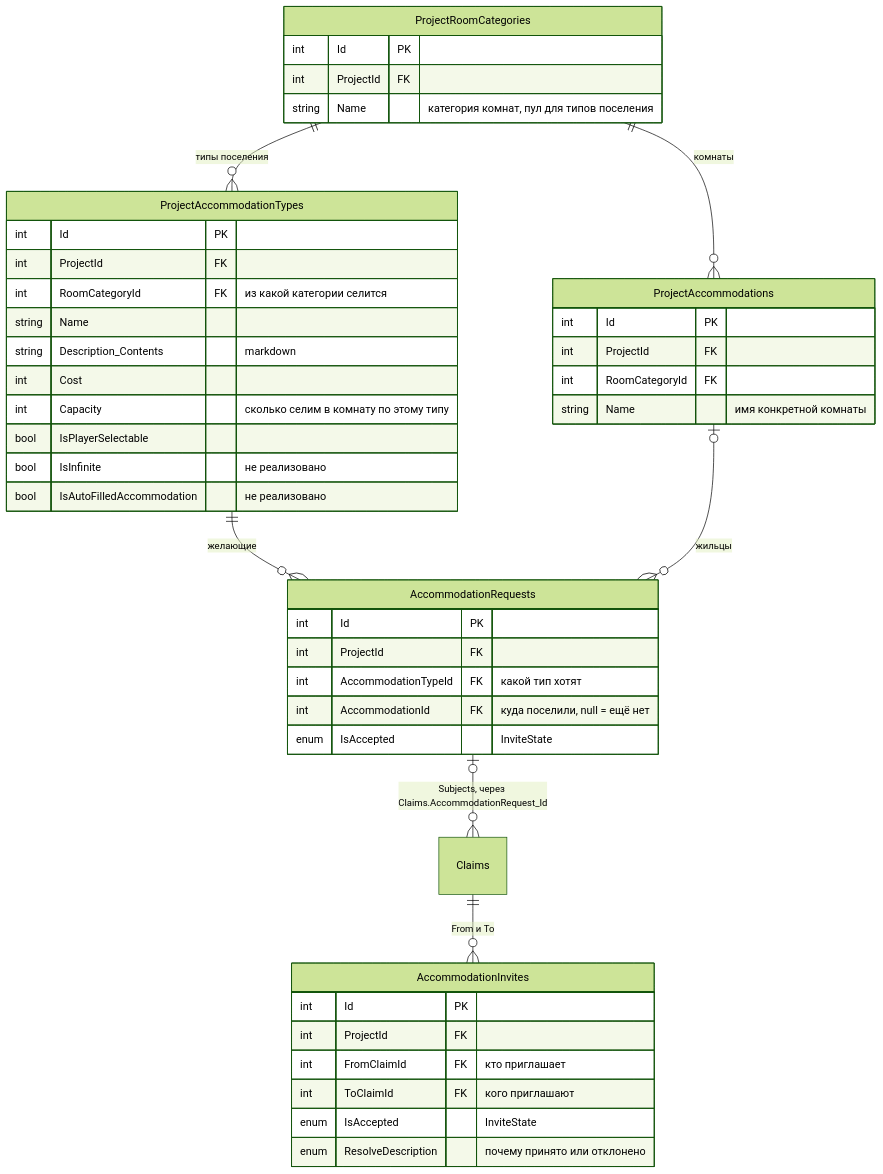
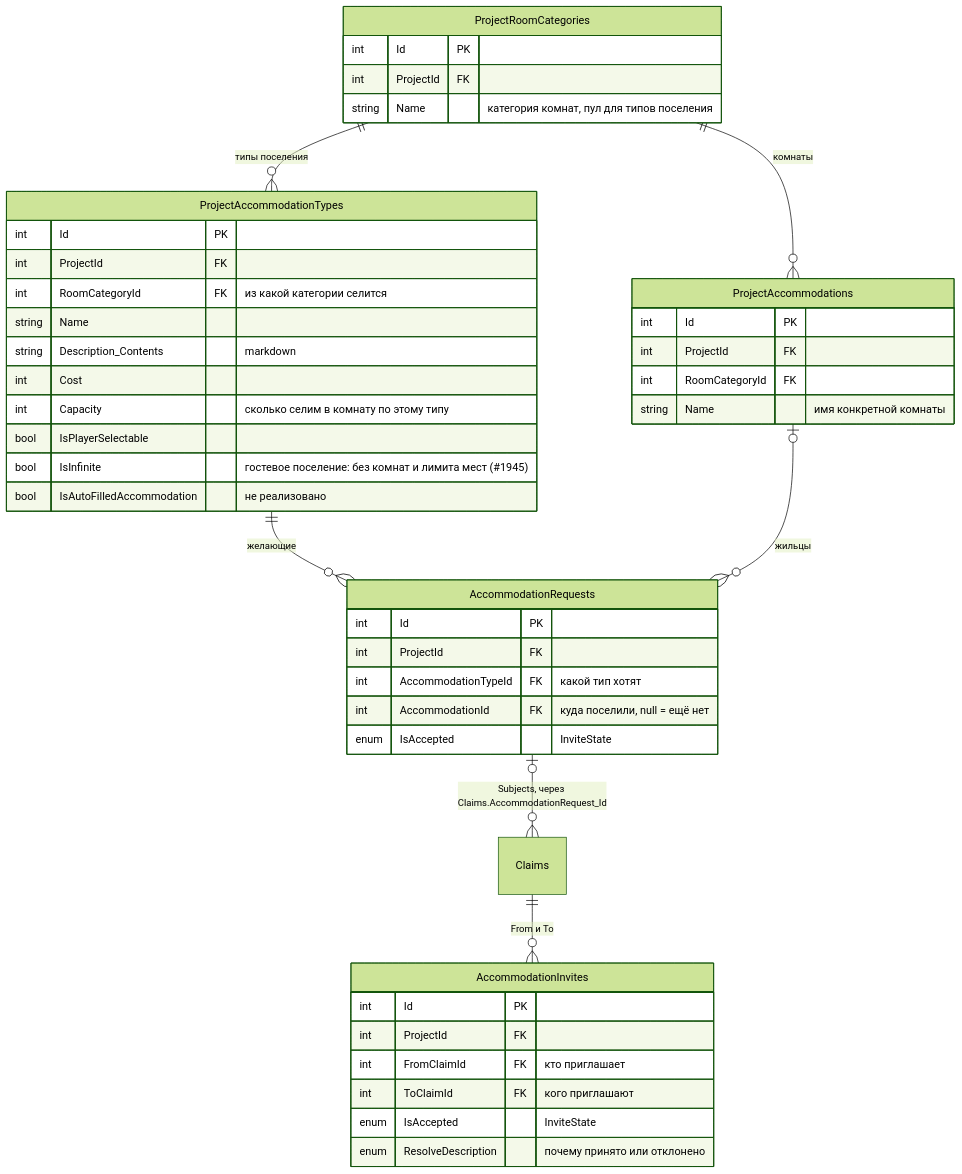
The eighth of 11 diagrams in docs/db-schema.md (joinrpg/joinrpg-net), drawn with Mermaid (forest theme) before and after one commit. The commit also changed 3 other files, not shown here.

First line of the commit message:
docs(accommodation): IsInfinite реализован — уточнения в ADR015/ADR018 и db-schema (#1945)

````diff
--- a/docs/db-schema.md
+++ b/docs/db-schema.md
@@ -726,52 +726,52 @@
 ```mermaid
 erDiagram
     ProjectRoomCategories {
         int Id PK
         int ProjectId FK
         string Name "категория комнат, пул для типов поселения"
     }
 
     ProjectAccommodationTypes {
         int Id PK
         int ProjectId FK
         int RoomCategoryId FK "из какой категории селится"
         string Name
         string Description_Contents "markdown"
         int Cost
         int Capacity "сколько селим в комнату по этому типу"
         bool IsPlayerSelectable
-        bool IsInfinite "не реализовано"
+        bool IsInfinite "гостевое поселение: без комнат и лимита мест (#1945)"
         bool IsAutoFilledAccommodation "не реализовано"
     }
 
     ProjectAccommodations {
         int Id PK
         int ProjectId FK
         int RoomCategoryId FK
         string Name "имя конкретной комнаты"
     }
 
     AccommodationRequests {
         int Id PK
         int ProjectId FK
         int AccommodationTypeId FK "какой тип хотят"
         int AccommodationId FK "куда поселили, null = ещё нет"
         enum IsAccepted "InviteState"
     }
 
     AccommodationInvites {
         int Id PK
         int ProjectId FK
         int FromClaimId FK "кто приглашает"
         int ToClaimId FK "кого приглашают"
         enum IsAccepted "InviteState"
         enum ResolveDescription "почему принято или отклонено"
     }
 
     ProjectRoomCategories ||--o{ ProjectAccommodationTypes : "типы поселения"
     ProjectRoomCategories ||--o{ ProjectAccommodations : "комнаты"
     ProjectAccommodationTypes ||--o{ AccommodationRequests : "желающие"
     ProjectAccommodations |o--o{ AccommodationRequests : "жильцы"
     AccommodationRequests |o--o{ Claims : "Subjects, через Claims.AccommodationRequest_Id"
     Claims ||--o{ AccommodationInvites : "From и To"
 ```
````
